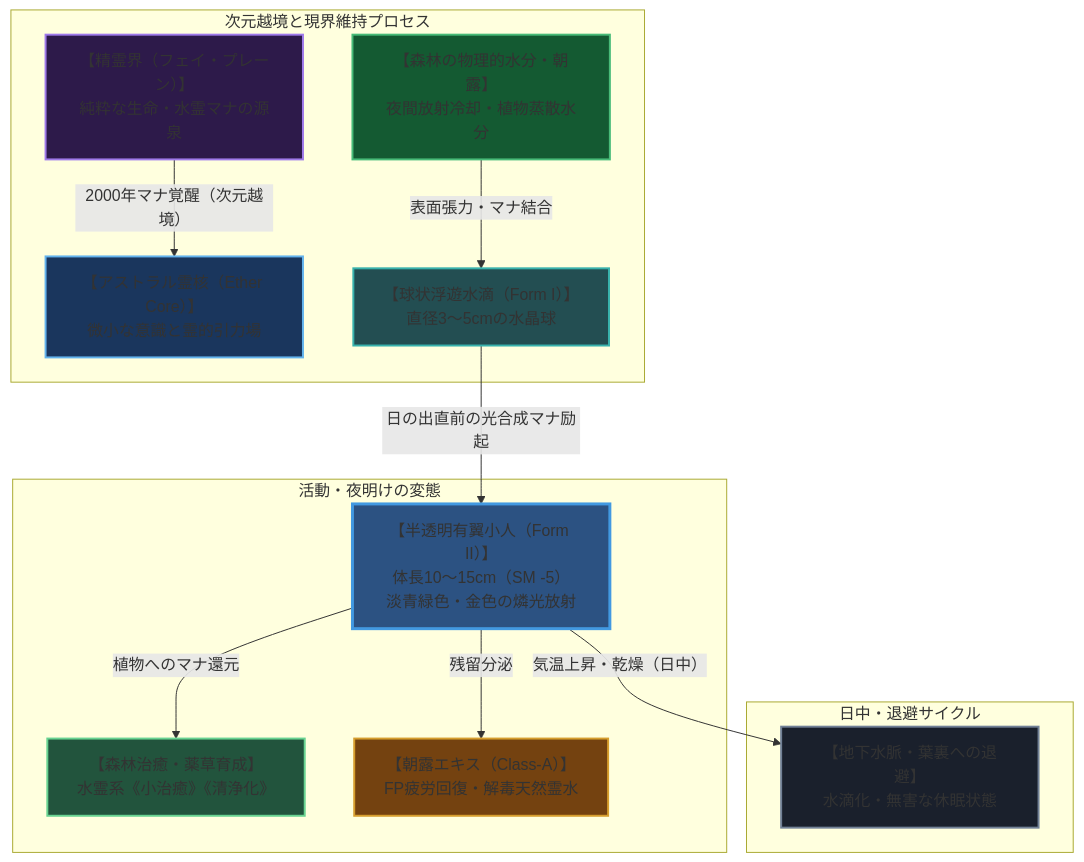
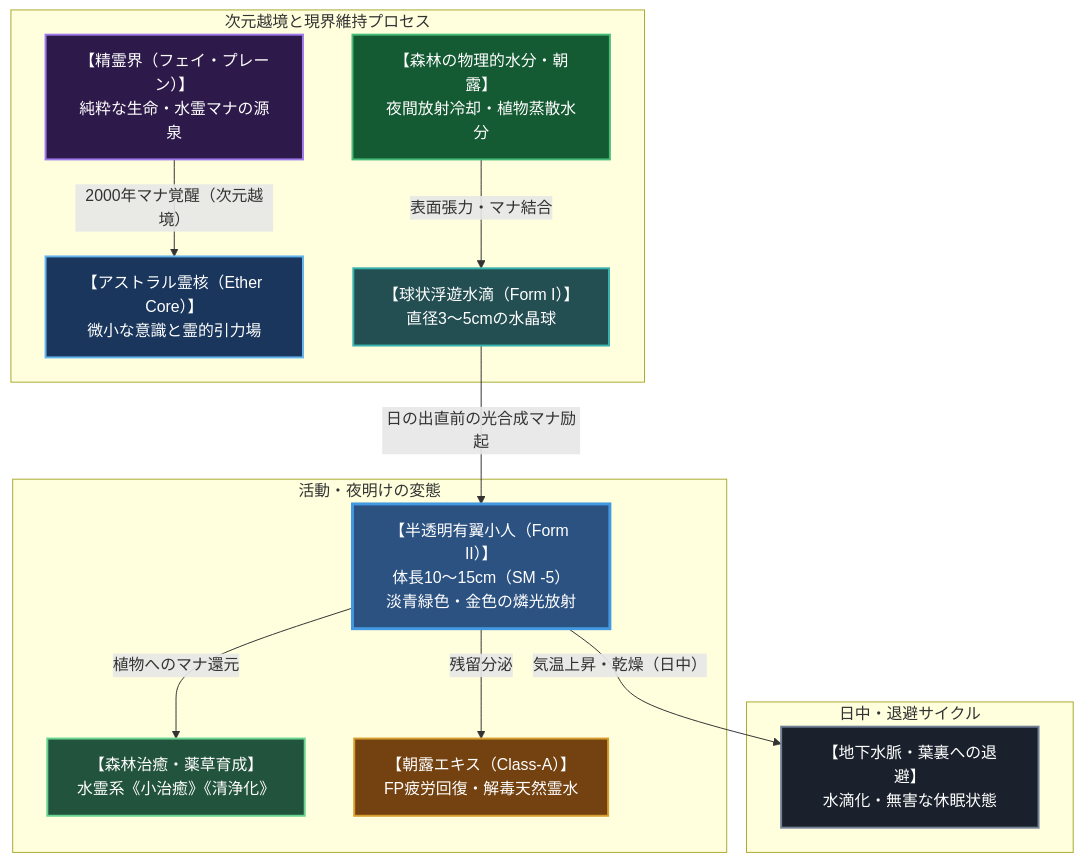
One commit to takenoriohno-cloud/world-building changed the diagram in creatures/005_dew_sprite.md. Above: the diagram before and after it, drawn with Mermaid. The commit also changed 8 other files, not shown here.

Commit message:
feature/updateCreature update: mermaid文字色固定

````diff
--- a/creatures/005_dew_sprite.md
+++ b/creatures/005_dew_sprite.md
@@ -62,26 +62,26 @@
 ```mermaid
 graph TD
     subgraph "次元越境と現界維持プロセス"
         P["【精霊界（フェイ・プレーン）】<br>純粋な生命・水霊マナの源泉"] -->|"2000年マナ覚醒（次元越境）"| E["【アストラル霊核（Ether Core）】<br>微小な意識と霊的引力場"]
         M["【森林の物理的水分・朝露】<br>夜間放射冷却・植物蒸散水分"] -->|"表面張力・マナ結合"| S["【球状浮遊水滴（Form I）】<br>直径3〜5cmの水晶球"]
     end
 
     subgraph "活動・夜明けの変態"
         S -->|"日の出直前の光合成マナ励起"| F["【半透明有翼小人（Form II）】<br>体長10〜15cm（SM -5）<br>淡青緑色・金色の燐光放射"]
         F -->|"植物へのマナ還元"| P1["【森林治癒・薬草育成】<br>水霊系《小治癒》《清浄化》"]
         F -->|"残留分泌"| P2["【朝露エキス（Class-A）】<br>FP疲労回復・解毒天然霊水"]
     end
 
     subgraph "日中・退避サイクル"
         F -->|"気温上昇・乾燥（日中）"| H["【地下水脈・葉裏への退避】<br>水滴化・無害な休眠状態"]
     end
 
-    style P fill:#2d1a4a,stroke:#9f7aea,stroke-width:2px;
-    style E fill:#1a365d,stroke:#63b3ed,stroke-width:2px;
-    style M fill:#145a32,stroke:#48bb78,stroke-width:2px;
-    style S fill:#234e52,stroke:#38b2ac,stroke-width:2px;
-    style F fill:#2c5282,stroke:#4299e1,stroke-width:3px;
-    style P1 fill:#22543d,stroke:#68d391,stroke-width:2px;
-    style P2 fill:#744210,stroke:#d69e2e,stroke-width:2px;
-    style H fill:#1a202c,stroke:#718096,stroke-width:2px;
+    style P fill:#2d1a4a,stroke:#9f7aea,stroke-width:2px,color:#ffffff;
+    style E fill:#1a365d,stroke:#63b3ed,stroke-width:2px,color:#ffffff;
+    style M fill:#145a32,stroke:#48bb78,stroke-width:2px,color:#ffffff;
+    style S fill:#234e52,stroke:#38b2ac,stroke-width:2px,color:#ffffff;
+    style F fill:#2c5282,stroke:#4299e1,stroke-width:3px,color:#ffffff;
+    style P1 fill:#22543d,stroke:#68d391,stroke-width:2px,color:#ffffff;
+    style P2 fill:#744210,stroke:#d69e2e,stroke-width:2px,color:#ffffff;
+    style H fill:#1a202c,stroke:#718096,stroke-width:2px,color:#ffffff;
 ```
````
